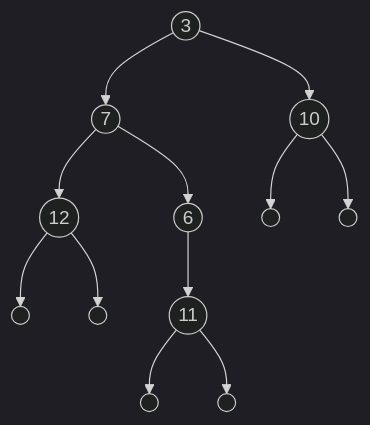
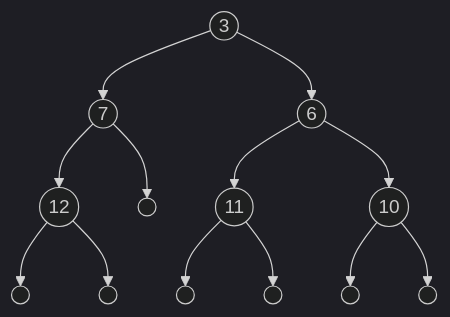
The fifth of 5 diagrams in P6/README.md (evanrock520-ciencias/ED-Laboratorio), drawn with Mermaid (dark theme) before and after one commit.

Commit message:
docs: Update README file

````diff
--- a/P6/README.md
+++ b/P6/README.md
@@ -66,14 +66,15 @@
 ``` mermaid
 graph TB 
     A((3))-->B((7))
     B((7))-->C((12))
     C((12))-->D(( ))
     C((12))-->E(( ))
-    B((7))-->F((6))
-    F((6))-->G((11))
-    G((11))-->H(( ))
-    G((11))-->I(( ))
-    A((3))-->J((10))
-    J((10))-->K(( ))
-    J((10))-->L(( ))
+    B((7))-->F(( ))
+    A((3))-->G((6))
+    G((6))-->H((11))
+    H((11))-->I(( ))
+    H((11))-->J(( ))
+    G((6))-->K((10))
+    K((10))-->L(( ))
+    K((10))-->M(( ))
 ```
````
